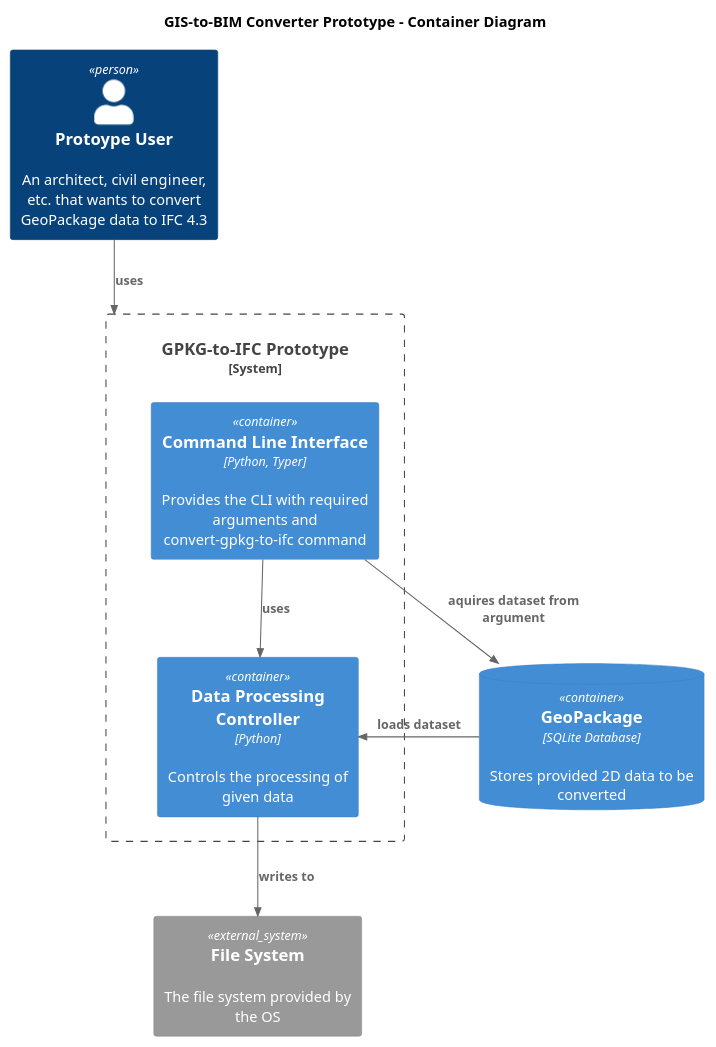
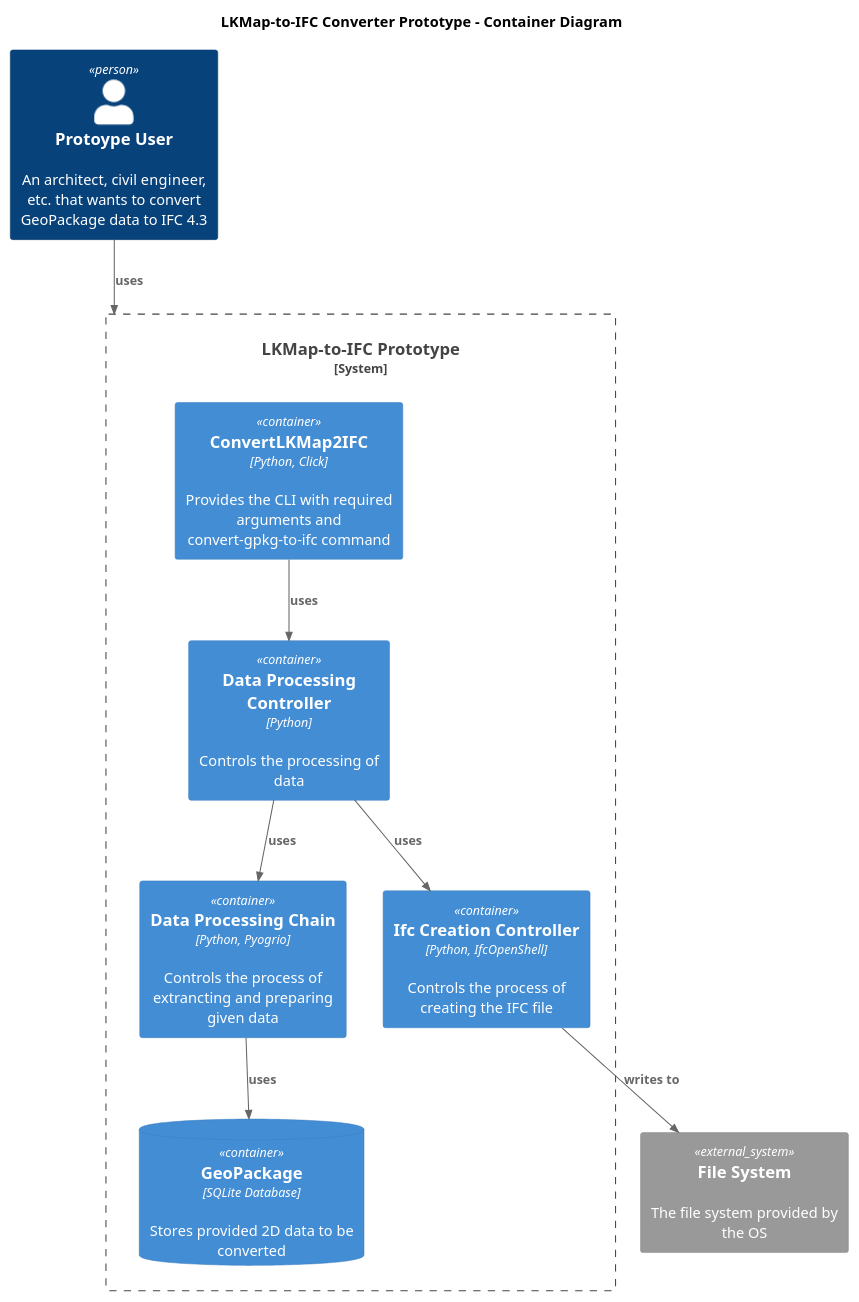
One commit to jmaier241117/LKMap2025_to_IFC_cli changed the diagram in resources/ContainerDiagram.puml. Above: the diagram before and after it, drawn with PlantUML. The commit also changed 26 other files, not shown here.

```diff
--- a/resources/ContainerDiagram.puml
+++ b/resources/ContainerDiagram.puml
@@ -1,21 +1,23 @@
 @startuml
 
 !include C4_Container.puml
 
-title GIS-to-BIM Converter Prototype - Container Diagram
+title LKMap-to-IFC Converter Prototype - Container Diagram
 Person(user, "Protoype User", "An architect, civil engineer, etc. that wants to convert GeoPackage data to IFC 4.3 ")
 
-System_Boundary(system, "GPKG-to-IFC Prototype") {
-    Container(cli, "Command Line Interface", "Python, Typer", "Provides the CLI with required arguments and convert-gpkg-to-ifc command")
-    Container(controller, "Data Processing Controller", "Python", "Controls the processing of given data")
+System_Boundary(system, "LKMap-to-IFC Prototype") {
+    Container(cli, "ConvertLKMap2IFC", "Python, Click", "Provides the CLI with required arguments and convert-gpkg-to-ifc command")
+    Container(controller, "Data Processing Controller", "Python", "Controls the processing of data")
+    Container(model, "Data Processing Chain", "Python, Pyogrio", "Controls the process of extrancting and preparing given data")
+    Container(ifc, "Ifc Creation Controller", "Python, IfcOpenShell", "Controls the process of creating the IFC file")
+    ContainerDb(geoPackage, "GeoPackage", "SQLite Database", "Stores provided 2D data to be converted")
     Rel(cli, controller, "uses")
+    Rel(controller, model, "uses")
+    Rel(controller, ifc, "uses")
+    Rel(model, geoPackage, "uses")
 }
 System_Ext(filesystem, "File System", "The file system provided by the OS")
-ContainerDb(geoPackage, "GeoPackage", "SQLite Database", "Stores provided 2D data to be converted")
-
-Rel(cli, geoPackage, "aquires dataset from argument")
-Rel(geoPackage, controller, "loads dataset")
 Rel(user, system, "uses")
-Rel(controller, filesystem, "writes to")
+Rel(ifc, filesystem, "writes to")
 
 @enduml
```
